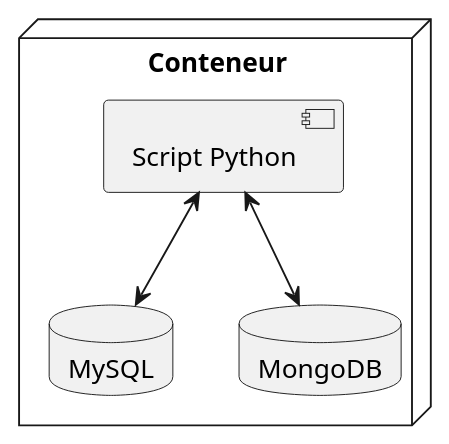
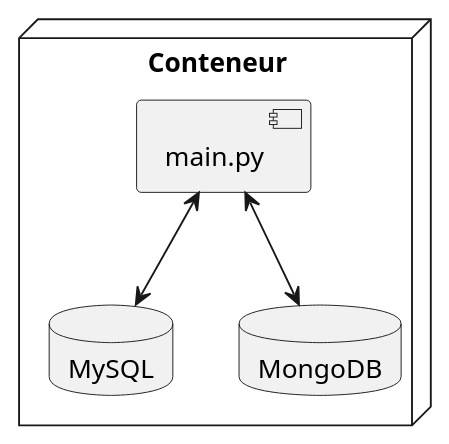
One commit to guteacher/log430-a25-labo1 changed the diagram in docs/deployment.puml. Above: the diagram before and after it, drawn with PlantUML.

Commit message:
put correct script name in diagrams

```diff
--- a/docs/deployment.puml
+++ b/docs/deployment.puml
@@ -1,9 +1,9 @@
 @startuml
   node Conteneur {
-    component "Script Python" 
+    component "main.py" 
     database "MySQL"
     database "MongoDB"
-    "Script Python" <--> "MySQL"
-    "Script Python" <--> "MongoDB"
+    "main.py" <--> "MySQL"
+    "main.py" <--> "MongoDB"
   }
 @enduml
```
